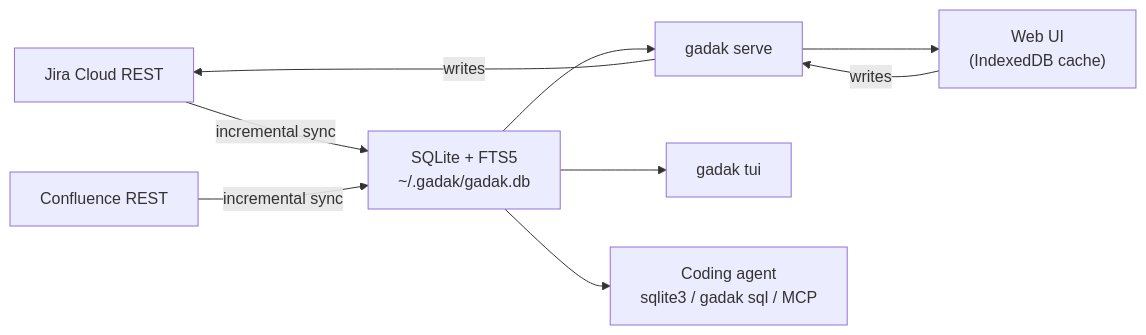
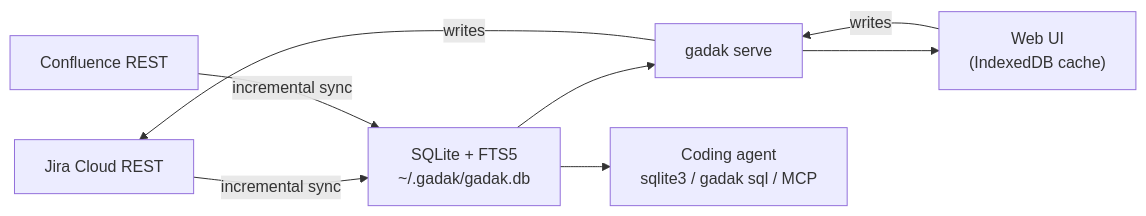
Before and after one commit to midagedev/gadak: the diagram in README.md, drawn with Mermaid. The commit also changed other lines of this file and 111 other files, not shown here.

````diff
--- a/README.md
+++ b/README.md
@@ -234,11 +225,10 @@
 ```mermaid
 flowchart LR
   Jira["Jira Cloud REST"] -->|"incremental sync"| DB["SQLite + FTS5<br/>~/.gadak/gadak.db"]
   Wiki["Confluence REST"] -->|"incremental sync"| DB
   DB --> Serve["gadak serve"]
   Serve --> UI["Web UI<br/>(IndexedDB cache)"]
-  DB --> TUI["gadak tui"]
   DB --> Agent["Coding agent<br/>sqlite3 / gadak sql / MCP"]
   UI -->|"writes"| Serve
   Serve -->|"writes"| Jira
 ```
````
